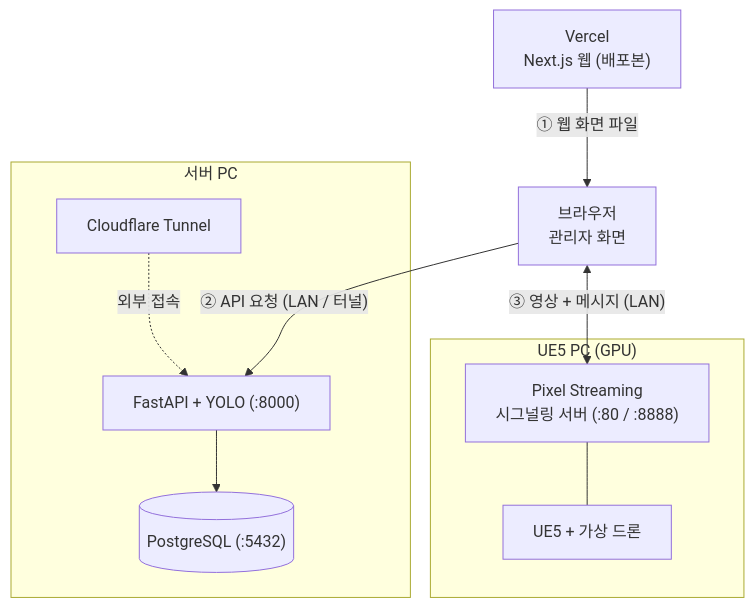
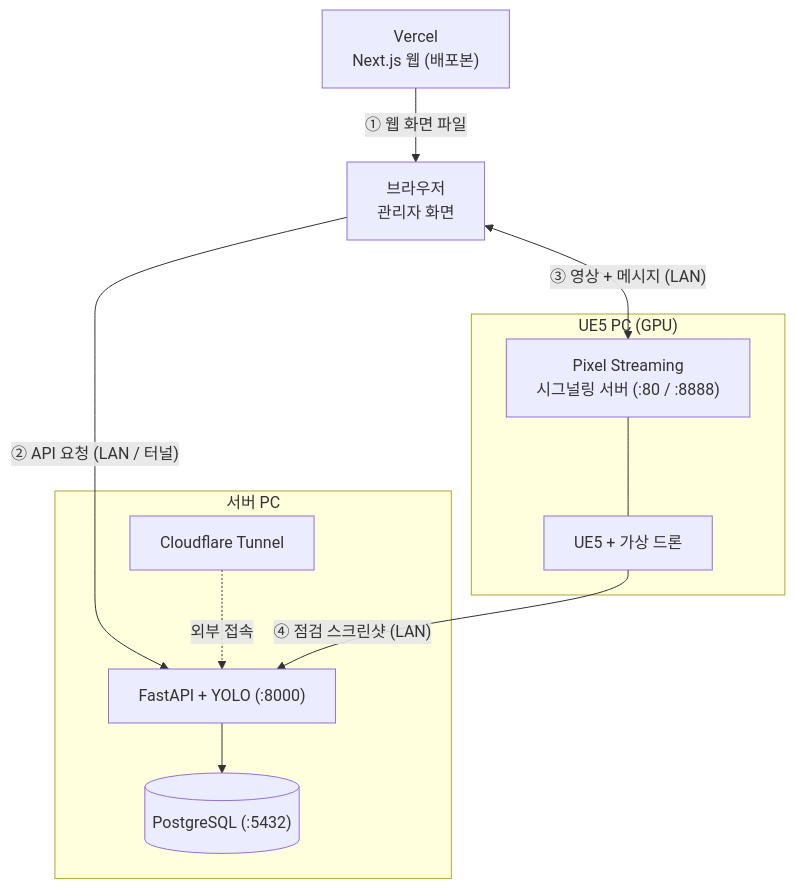
Before and after one commit to inha0307/AI-idea-system: the first of 6 diagrams in docs/시스템팀_개발.md, drawn with Mermaid. The commit also changed other lines of this file and 4 other files, not shown here.

````diff
--- a/docs/시스템팀_개발.md
+++ b/docs/시스템팀_개발.md
@@ -27,20 +27,21 @@
 ```mermaid
 flowchart TB
   V["Vercel<br/>Next.js 웹 (배포본)"]
   B["브라우저<br/>관리자 화면"]
   subgraph S["서버 PC"]
     API["FastAPI + YOLO (:8000)"]
     DB[("PostgreSQL (:5432)")]
     T["Cloudflare Tunnel"]
   end
   subgraph U["UE5 PC (GPU)"]
     PS["Pixel Streaming<br/>시그널링 서버 (:80 / :8888)"]
     UE["UE5 + 가상 드론"]
   end
   V -->|"① 웹 화면 파일"| B
   B -->|"② API 요청 (LAN / 터널)"| API
   API --> DB
   T -.->|"외부 접속"| API
   B <-->|"③ 영상 + 메시지 (LAN)"| PS
   PS --- UE
+  UE -->|"④ 점검 스크린샷 (LAN)"| API
 ```
````
